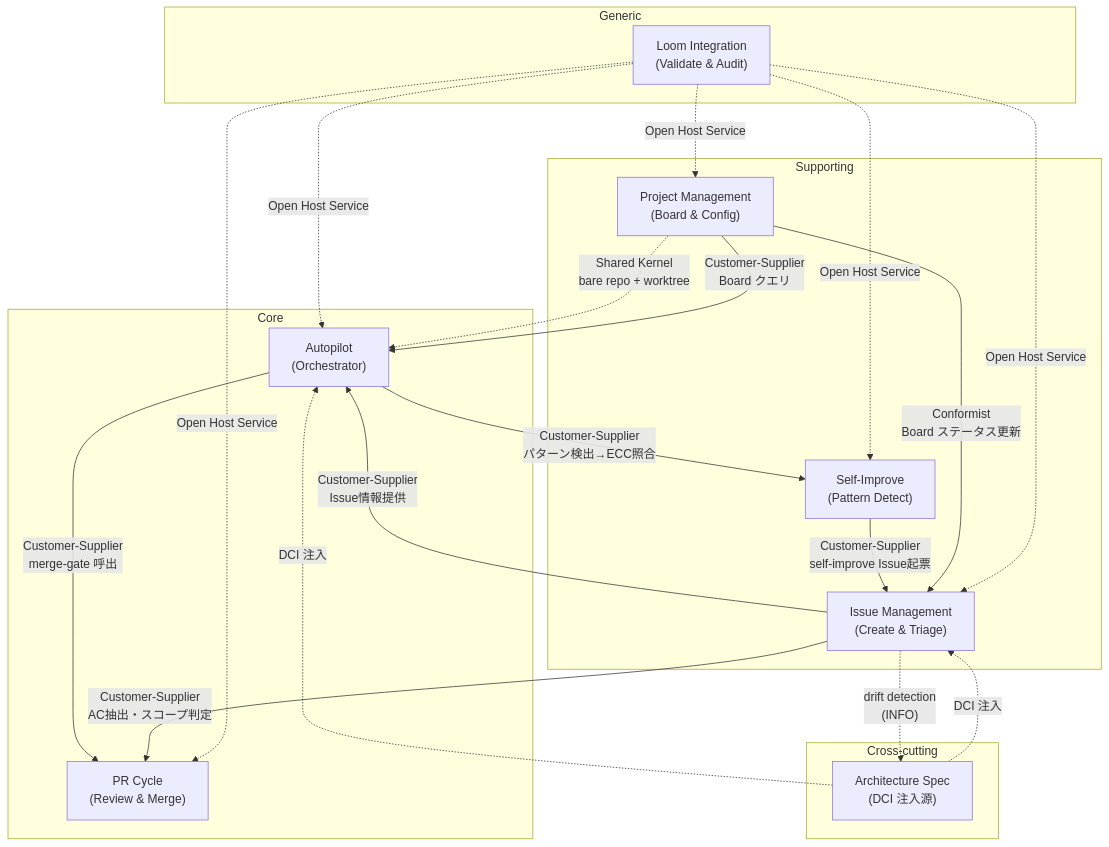
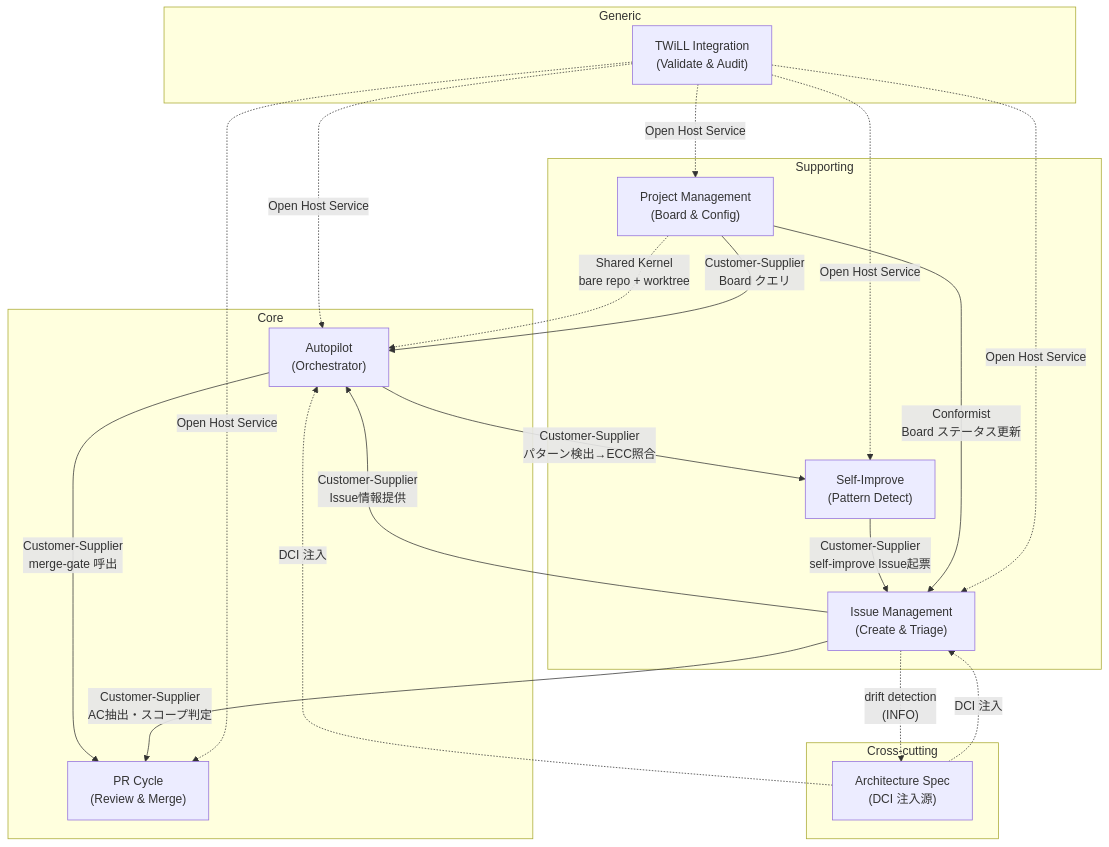
The first of 2 diagrams in plugins/dev/architecture/domain/context-map.md (shuu5/twill), drawn with Mermaid before and after one commit. The commit also changed other lines of this file and 14 other files, not shown here.

First line of the commit message:
feat: Architecture ドキュメント + CLAUDE.md 更新 (#273)

````diff
--- a/plugins/dev/architecture/domain/context-map.md
+++ b/plugins/dev/architecture/domain/context-map.md
@@ -20,43 +20,43 @@
 ```mermaid
 graph TD
     subgraph "Core"
         AP["Autopilot<br/>(Orchestrator)"]
         PR["PR Cycle<br/>(Review & Merge)"]
     end
 
     subgraph "Supporting"
         IM["Issue Management<br/>(Create & Triage)"]
         PM["Project Management<br/>(Board & Config)"]
         SI["Self-Improve<br/>(Pattern Detect)"]
     end
 
     subgraph "Generic"
-        LI["Loom Integration<br/>(Validate & Audit)"]
+        LI["TWiLL Integration<br/>(Validate & Audit)"]
     end
 
     subgraph "Cross-cutting"
         AS["Architecture Spec<br/>(DCI 注入源)"]
     end
 
     AP -->|"Customer-Supplier<br/>merge-gate 呼出"| PR
     AP -->|"Customer-Supplier<br/>パターン検出→ECC照合"| SI
 
     IM -->|"Customer-Supplier<br/>Issue情報提供"| AP
     IM -->|"Customer-Supplier<br/>AC抽出・スコープ判定"| PR
 
     SI -->|"Customer-Supplier<br/>self-improve Issue起票"| IM
 
     PM -->|"Conformist<br/>Board ステータス更新"| IM
     PM -.->|"Shared Kernel<br/>bare repo + worktree"| AP
     PM -->|"Customer-Supplier<br/>Board クエリ"| AP
 
     LI -.->|"Open Host Service"| AP
     LI -.->|"Open Host Service"| PR
     LI -.->|"Open Host Service"| IM
     LI -.->|"Open Host Service"| PM
     LI -.->|"Open Host Service"| SI
 
     AS -.->|"DCI 注入"| IM
     IM -.->|"drift detection<br/>(INFO)"| AS
     AS -.->|"DCI 注入"| AP
 ```
````
